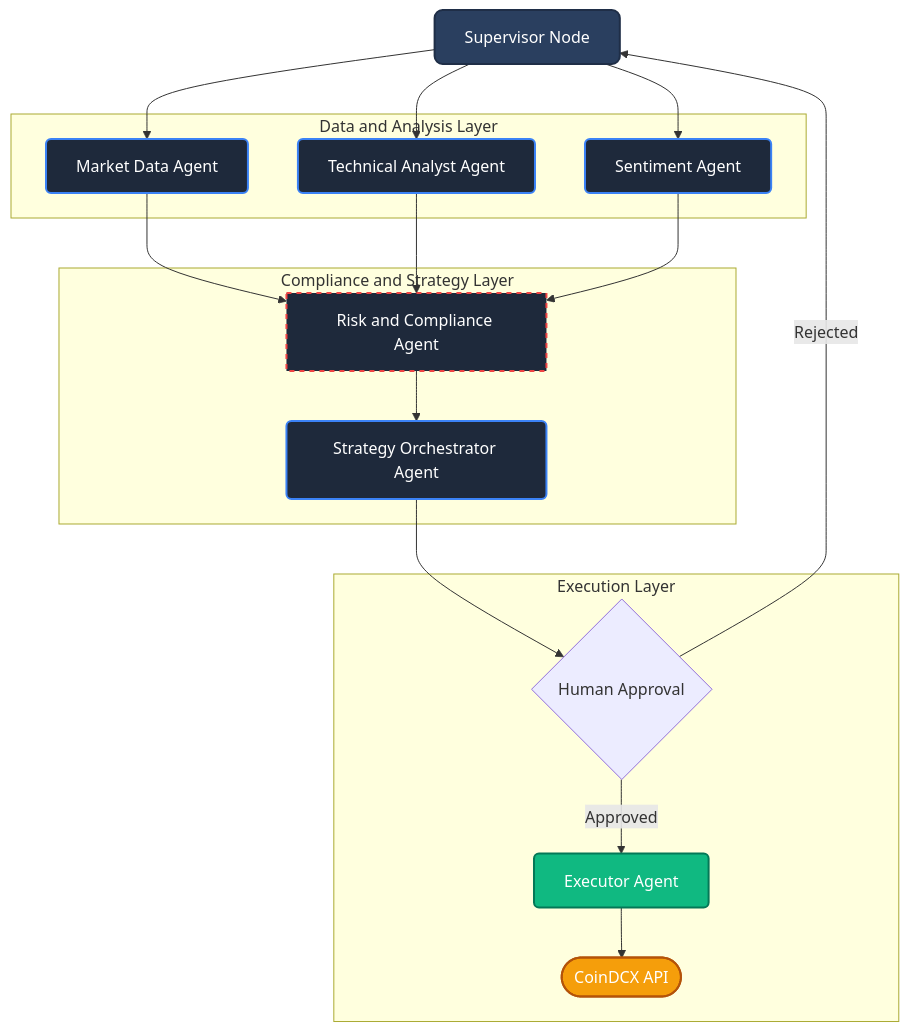
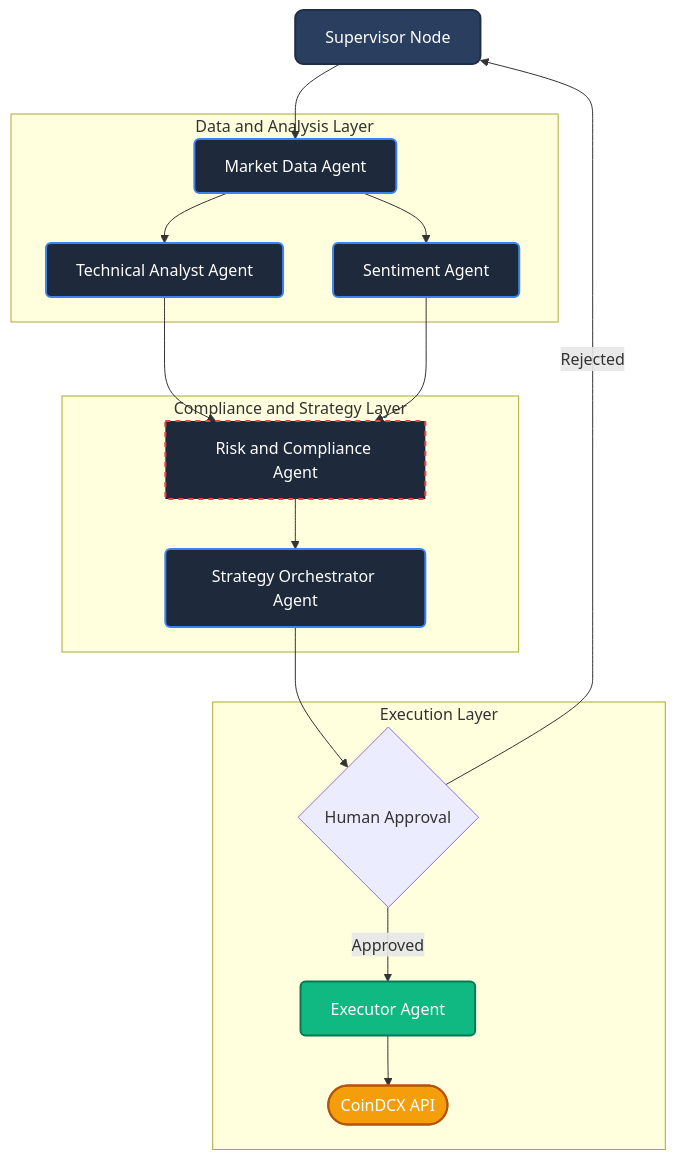
The diagram in README.md (visheshrao17/DCX-AgenticTrader), drawn with Mermaid before and after one commit.

Commit message:
docs: update system architecture diagram flow in README

````diff
--- a/README.md
+++ b/README.md
@@ -40,41 +40,40 @@
 ```mermaid
 graph TD
     classDef supervisor fill:#2a3f5f,stroke:#1f2e47,stroke-width:2px,color:#fff,rx:8px,ry:8px
     classDef agent fill:#1e293b,stroke:#3b82f6,stroke-width:2px,color:#fff,rx:5px,ry:5px
     classDef risk fill:#1e293b,stroke:#ef4444,stroke-width:2px,color:#fff,stroke-dasharray: 5 5
     classDef executor fill:#10b981,stroke:#047857,stroke-width:2px,color:#fff,rx:5px,ry:5px
     classDef api fill:#f59e0b,stroke:#b45309,stroke-width:2px,color:#fff,rx:5px,ry:5px
 
     A[Supervisor Node]:::supervisor
     
     subgraph Data_Analysis [Data and Analysis Layer]
         B[Market Data Agent]:::agent
         C[Technical Analyst Agent]:::agent
         D[Sentiment Agent]:::agent
     end
 
     subgraph Strategy_Compliance [Compliance and Strategy Layer]
         E[Risk and Compliance Agent]:::risk
         F[Strategy Orchestrator Agent]:::agent
     end
 
     subgraph Action_Layer [Execution Layer]
         I{Human Approval}
         G[Executor Agent]:::executor
         H([CoinDCX API]):::api
     end
 
     A --> B
-    A --> C
-    A --> D
+    B --> C
+    B --> D
     
-    B --> E
     C --> E
     D --> E
     
     E --> F
     F --> I
     I -->|Approved| G
     I -->|Rejected| A
     G --> H
 ```
````
